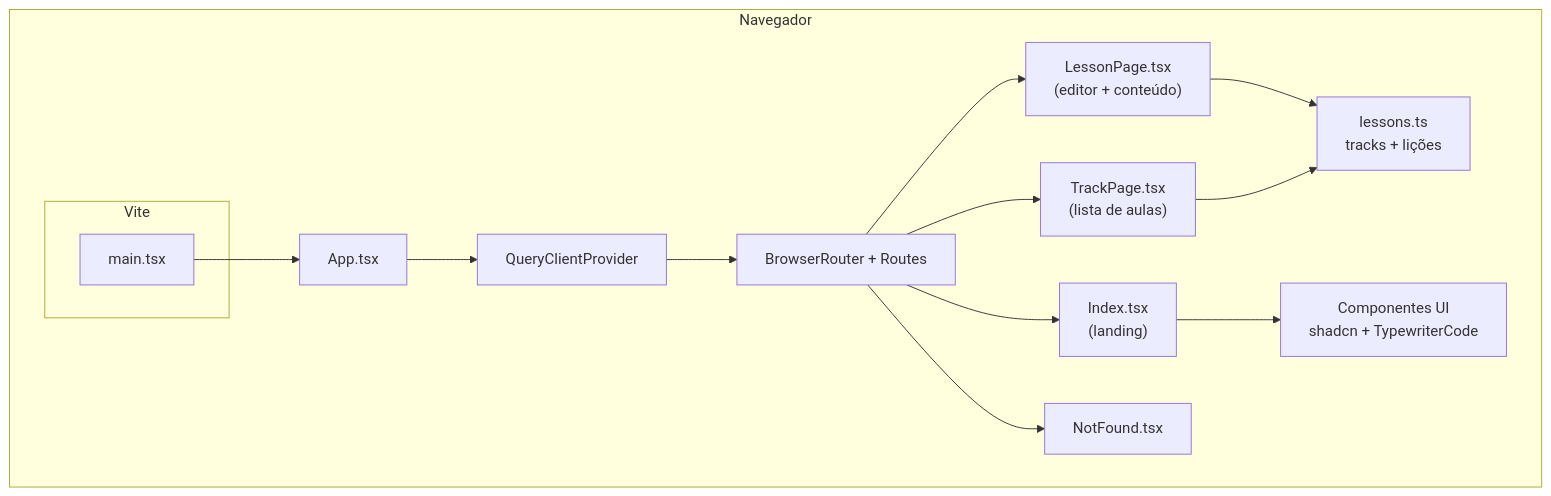
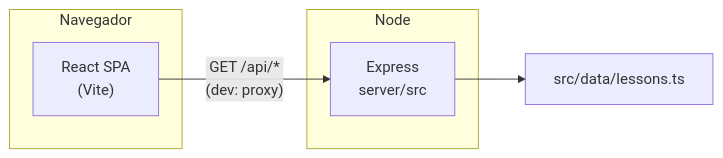
The diagram in README.md (Costanza22/code-buddy-76), drawn with Mermaid before and after one commit. The commit also changed other lines of this file and 14 other files, not shown here.

First line of the commit message:
feat: API Express para trilhas, licenÃ§a MIT e README atualizado

````diff
--- a/README.md
+++ b/README.md
@@ -79,18 +103,12 @@
 ```mermaid
-flowchart TB
+flowchart LR
   subgraph browser["Navegador"]
-    subgraph vite["Vite"]
-      entry["main.tsx"]
-    end
-    entry --> App["App.tsx"]
-    App --> RQ["QueryClientProvider"]
-    RQ --> Router["BrowserRouter + Routes"]
-    Router --> PIndex["Index.tsx\n(landing)"]
-    Router --> PTrack["TrackPage.tsx\n(lista de aulas)"]
-    Router --> PLesson["LessonPage.tsx\n(editor + conteúdo)"]
-    Router --> P404["NotFound.tsx"]
-    PLesson --> Data["lessons.ts\ntracks + lições"]
-    PTrack --> Data
-    PIndex --> UI["Componentes UI\nshadcn + TypewriterCode"]
+    SPA["React SPA\n(Vite)"]
   end
+  subgraph api["Node"]
+    EX["Express\nserver/src"]
+  end
+  DATA["src/data/lessons.ts"]
+  SPA -->|"GET /api/*\n(dev: proxy)"| EX
+  EX --> DATA
 ```
````
